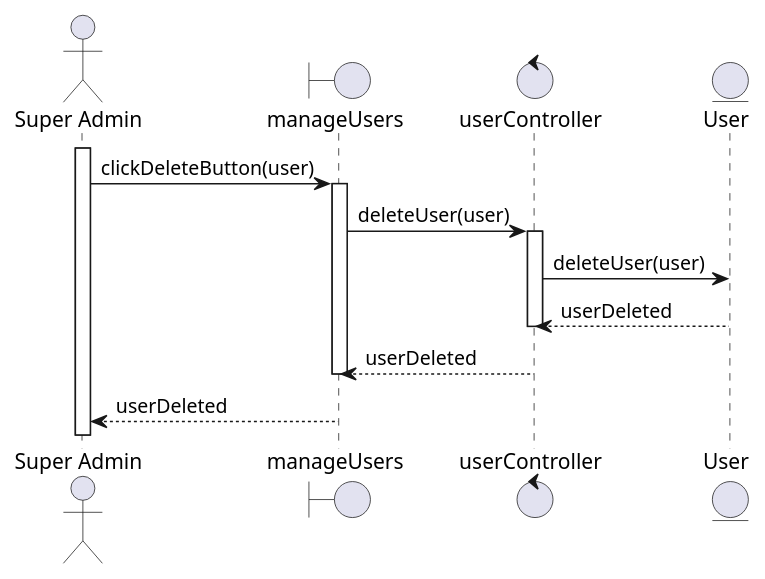
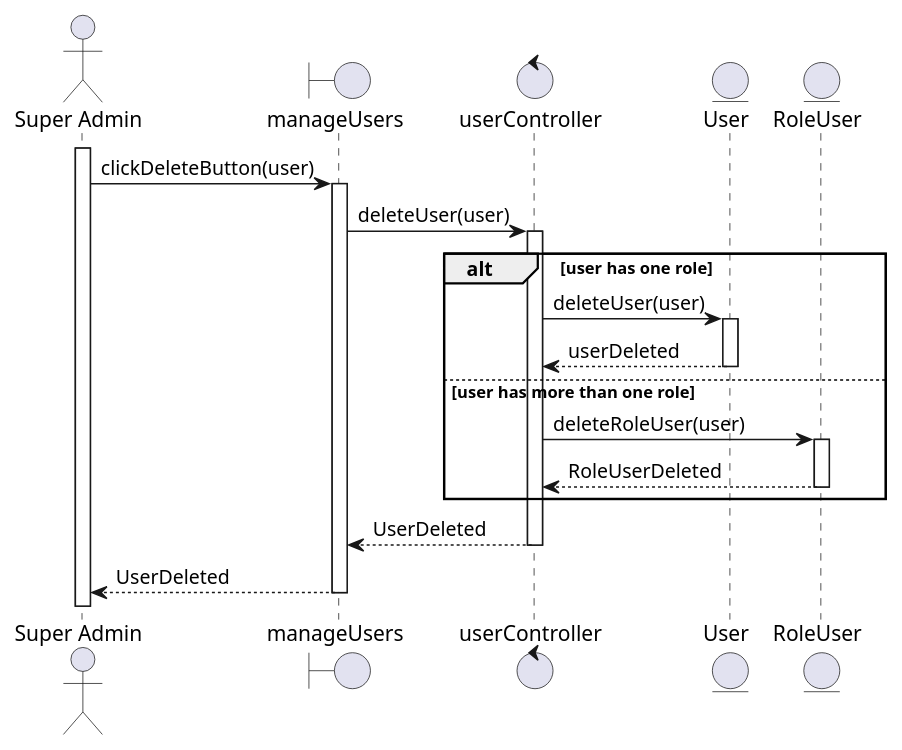
One commit to smurfsDev/pixii-project changed the diagram in rapport/sequence/rolemanagement/deleteUserRole.wsd. Above: the diagram before and after it, drawn with PlantUML. The commit also changed 1 other file, not shown here.

Commit message:
update sequence diagram

```diff
--- a/rapport/sequence/rolemanagement/deleteUserRole.wsd
+++ b/rapport/sequence/rolemanagement/deleteUserRole.wsd
@@ -1,21 +1,30 @@
 @startuml delete_user_role_sequence_diagram
 
 actor "Super Admin" as u
 boundary manageUsers as v
 control userController as c
 entity User as m
+entity RoleUser as ru
 activate u
 u -> v : clickDeleteButton(user)
-
 activate v
 v -> c :deleteUser(user)
 activate c
-c -> m :deleteUser(user)
-deactivate m
-m --> c: userDeleted
+alt user has one role
+    c -> m :deleteUser(user)
+    activate m
+    m --> c: userDeleted
+    deactivate m
+else user has more than one role
+    c -> ru :deleteRoleUser(user)
+    activate ru
+    ru --> c: RoleUserDeleted
+    deactivate ru
+end
+c --> v: UserDeleted
 deactivate c
-c --> v: userDeleted
+v --> u: UserDeleted
 deactivate v
-v --> u: userDeleted
+
 
 @enduml
```
